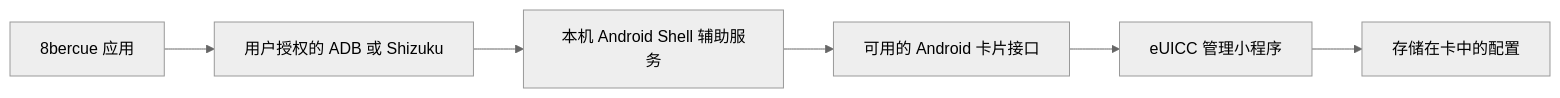
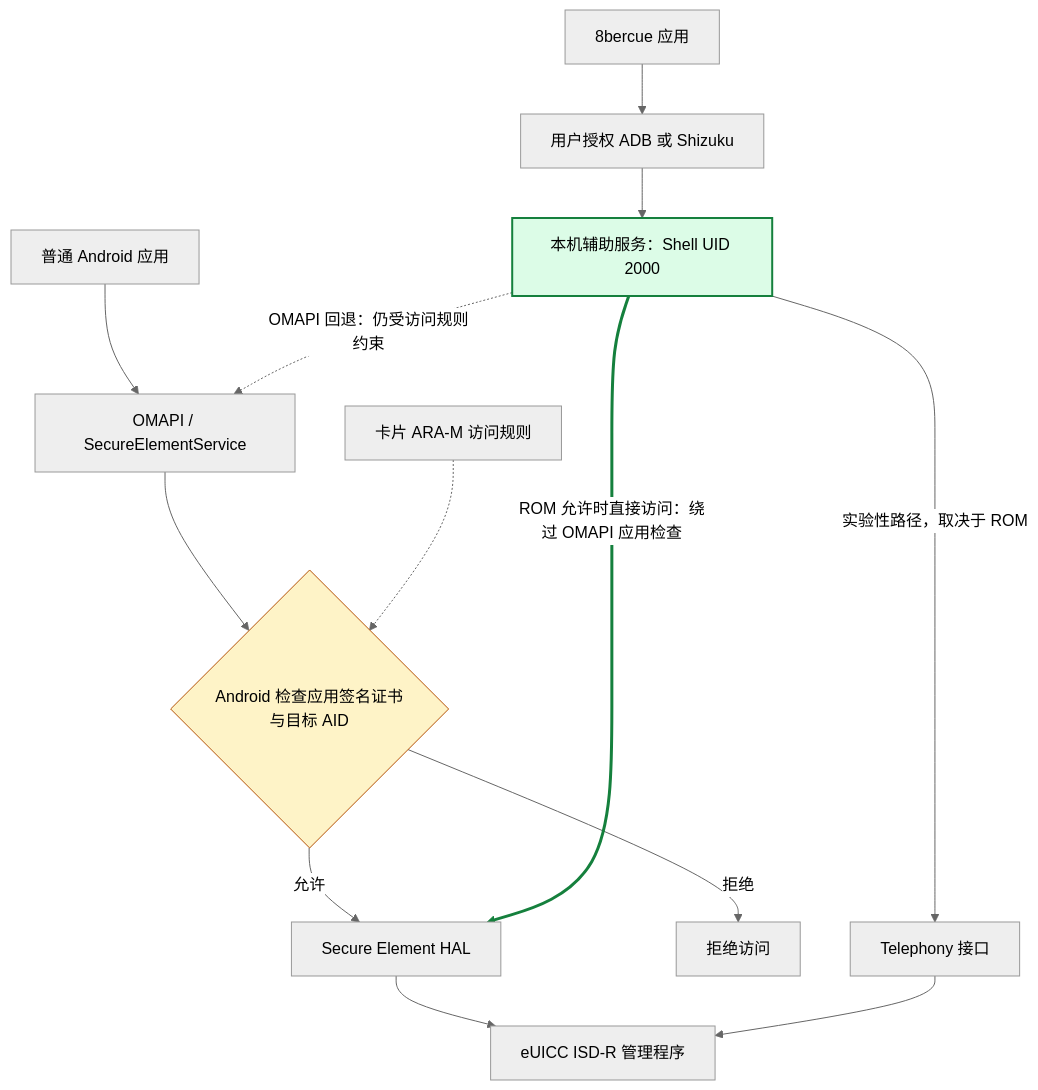
One commit to sidnvy/8bercue changed the diagram in README.zh-CN.md. Above: the diagram before and after it, drawn with Mermaid (neutral theme). The commit also changed other lines of this file and 4 other files, not shown here.

Commit message:
docs: show where Shell bypasses OMAPI app checks (#32)

````diff
--- a/README.zh-CN.md
+++ b/README.zh-CN.md
@@ -80,8 +85,18 @@
 ```mermaid
-flowchart LR
-    App["8bercue 应用"] --> Auth["用户授权的 ADB 或 Shizuku"]
-    Auth --> Shell["本机 Android Shell 辅助服务"]
-    Shell --> Route["可用的 Android 卡片接口"]
-    Route --> Card["eUICC 管理小程序"]
-    Card --> Profiles["存储在卡中的配置"]
+flowchart TB
+    Normal["普通 Android 应用"] --> OMAPI["OMAPI / SecureElementService"]
+    OMAPI --> Check{"Android 检查应用签名证书与目标 AID"}
+    Rules["卡片 ARA-M 访问规则"] -.-> Check
+    Check -->|"允许"| HAL["Secure Element HAL"]
+    Check -->|"拒绝"| Denied["拒绝访问"]
+    App["8bercue 应用"] --> Auth["用户授权 ADB 或 Shizuku"]
+    Auth --> Shell["本机辅助服务：Shell UID 2000"]
+    Shell -->|"ROM 允许时直接访问：绕过 OMAPI 应用检查"| HAL
+    Shell -->|"实验性路径，取决于 ROM"| Phone["Telephony 接口"]
+    Shell -.->|"OMAPI 回退：仍受访问规则约束"| OMAPI
+    HAL --> Card["eUICC ISD-R 管理程序"]
+    Phone --> Card
+    style Shell fill:#dcfce7,stroke:#15803d,stroke-width:2px
+    style Check fill:#fef3c7,stroke:#b45309
+    linkStyle 7 stroke:#15803d,stroke-width:3px
 ```
````
